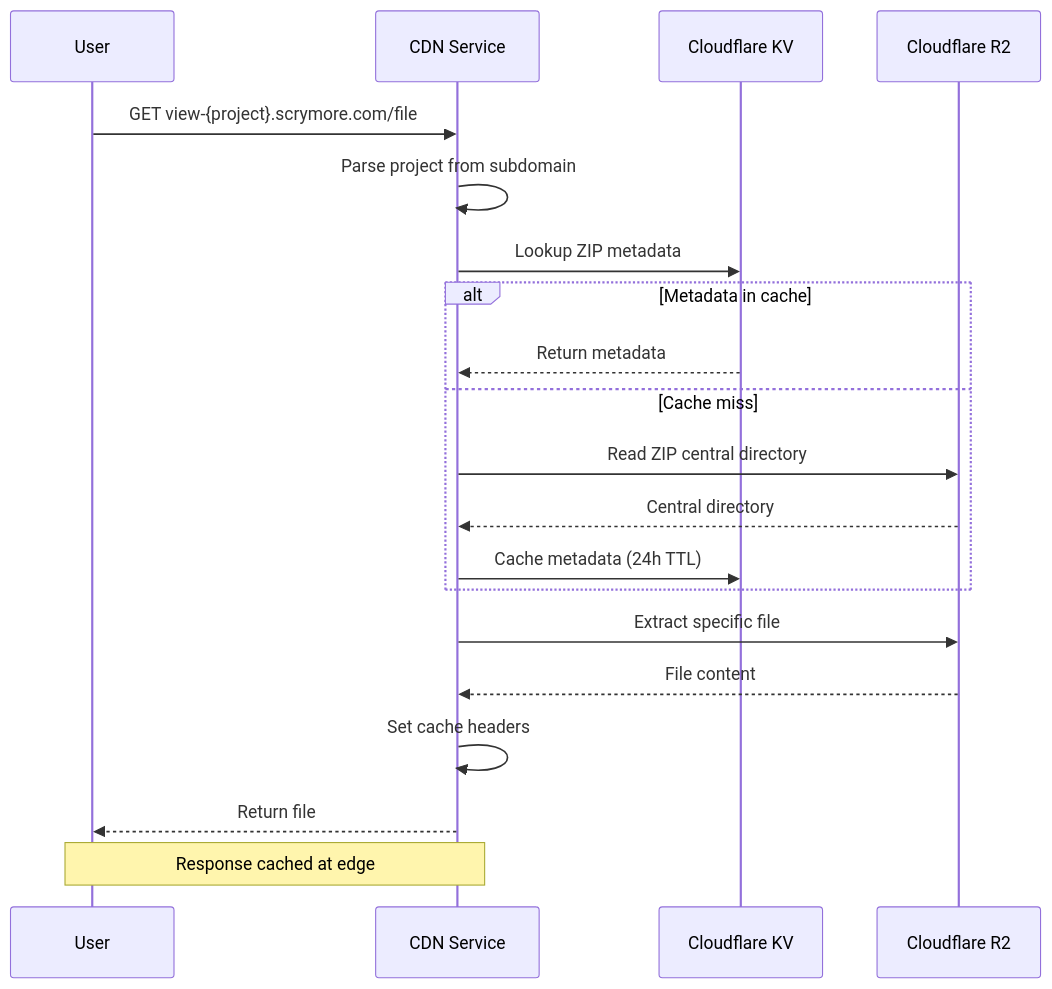
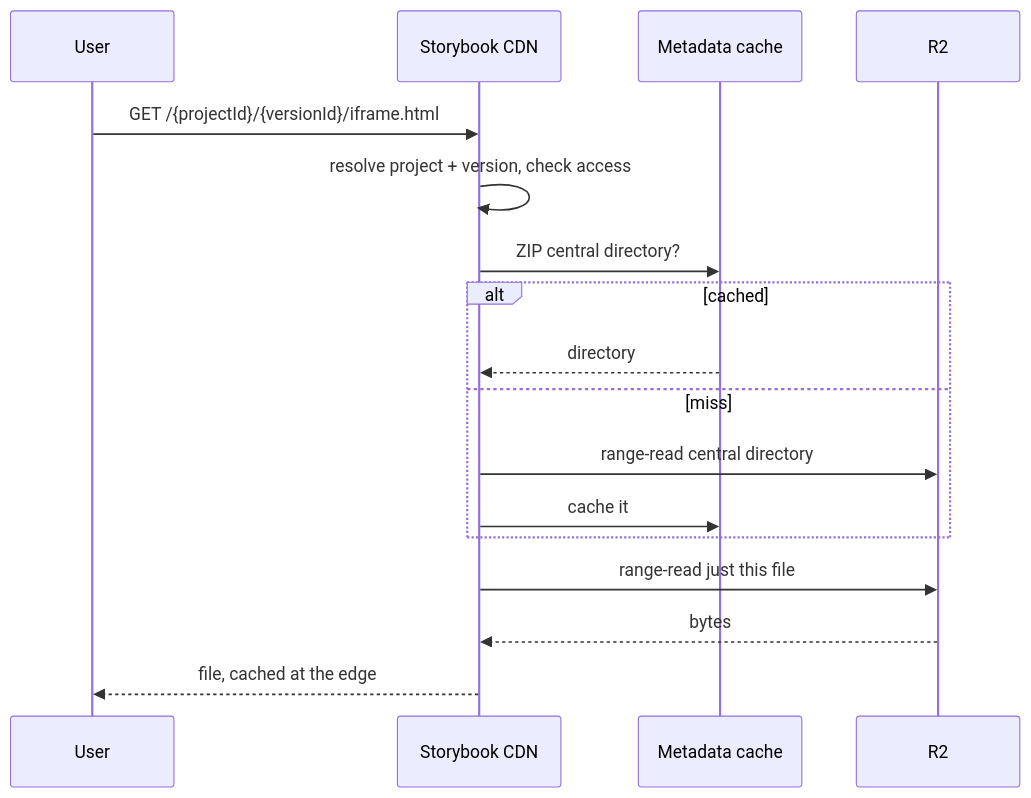
One commit to epinnock/scry-docs changed the third of 3 diagrams in services/overview.md. Above: the diagram before and after it, drawn with Mermaid. The commit also changed other lines of this file, not shown here.

````diff
--- a/services/overview.md
+++ b/services/overview.md
@@ -135,23 +153,20 @@
 ```mermaid
 sequenceDiagram
     participant User
-    participant CDN as CDN Service
-    participant KV as Cloudflare KV
-    participant R2 as Cloudflare R2
-    
-    User->>CDN: GET view-{project}.scrymore.com/file
-    CDN->>CDN: Parse project from subdomain
-    CDN->>KV: Lookup ZIP metadata
-    alt Metadata in cache
-        KV-->>CDN: Return metadata
-    else Cache miss
-        CDN->>R2: Read ZIP central directory
-        R2-->>CDN: Central directory
-        CDN->>KV: Cache metadata (24h TTL)
+    participant CDN as Storybook CDN
+    participant KV as Metadata cache
+    participant R2 as R2
+
+    User->>CDN: GET /{projectId}/{versionId}/iframe.html
+    CDN->>CDN: resolve project + version, check access
+    CDN->>KV: ZIP central directory?
+    alt cached
+        KV-->>CDN: directory
+    else miss
+        CDN->>R2: range-read central directory
+        CDN->>KV: cache it
     end
-    CDN->>R2: Extract specific file
-    R2-->>CDN: File content
-    CDN->>CDN: Set cache headers
-    CDN-->>User: Return file
-    Note over CDN,User: Response cached at edge
+    CDN->>R2: range-read just this file
+    R2-->>CDN: bytes
+    CDN-->>User: file, cached at the edge
 ```
````
